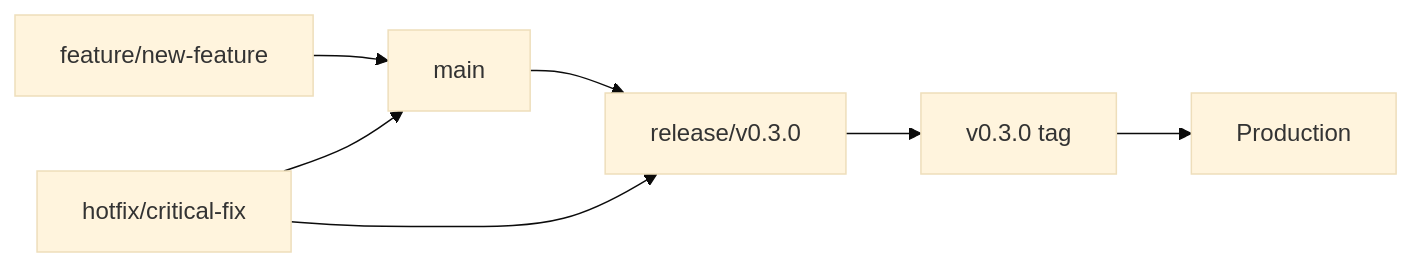
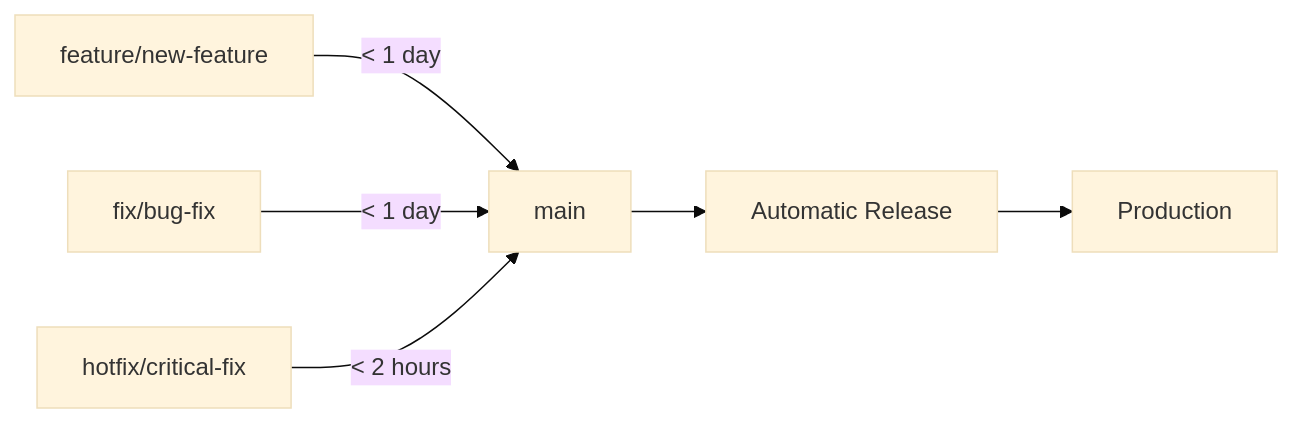
The diagram in CONTRIBUTING.md (romdj/OTW), drawn with Mermaid (base theme) before and after one commit. The commit also changed other lines of this file and 4 other files, not shown here.

````diff
--- a/CONTRIBUTING.md
+++ b/CONTRIBUTING.md
@@ -29,10 +28,9 @@
 ```mermaid
 graph LR
-    A[feature/new-feature] --> B[main]
-    B --> C[release/v0.3.0]
-    C --> D[v0.3.0 tag]
-    D --> E[Production]
+    A[feature/new-feature] -->|< 1 day| B[main]
+    B --> C[Automatic Release]
+    C --> D[Production]
     
-    F[hotfix/critical-fix] --> B
-    F --> C
+    E[fix/bug-fix] -->|< 1 day| B
+    F[hotfix/critical-fix] -->|< 2 hours| B
 ```
````
